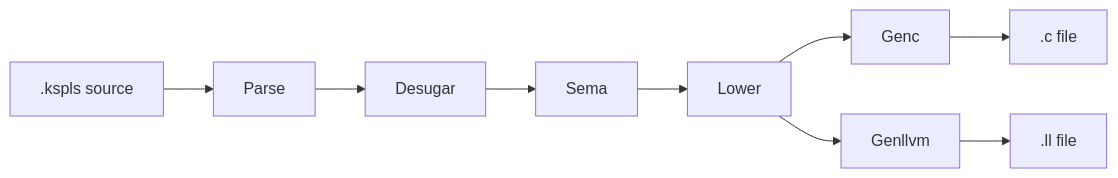
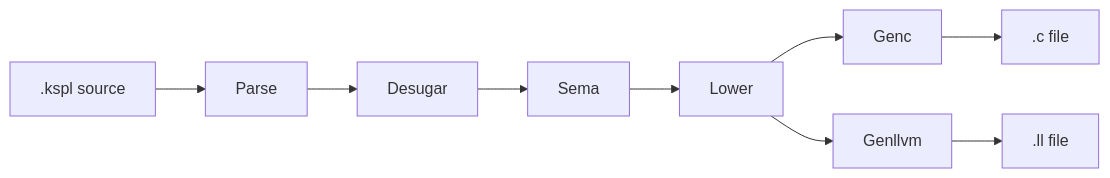
One commit to kansosystem-org/kspl-experimental changed the diagram in ksplc/README.md. Above: the diagram before and after it, drawn with Mermaid. The commit also changed other lines of this file and 1422 other files, not shown here.

````diff
--- a/ksplc/README.md
+++ b/ksplc/README.md
@@ -29,11 +29,11 @@
 ```mermaid
 flowchart LR
-    Src[.kspls source] --> Parse
+    Src[.kspl source] --> Parse
     Parse --> Desugar
     Desugar --> Sema
     Sema --> Lower
     Lower --> Genc
     Lower --> Genllvm
     Genc --> C[.c file]
     Genllvm --> LL[.ll file]
 ```
````
